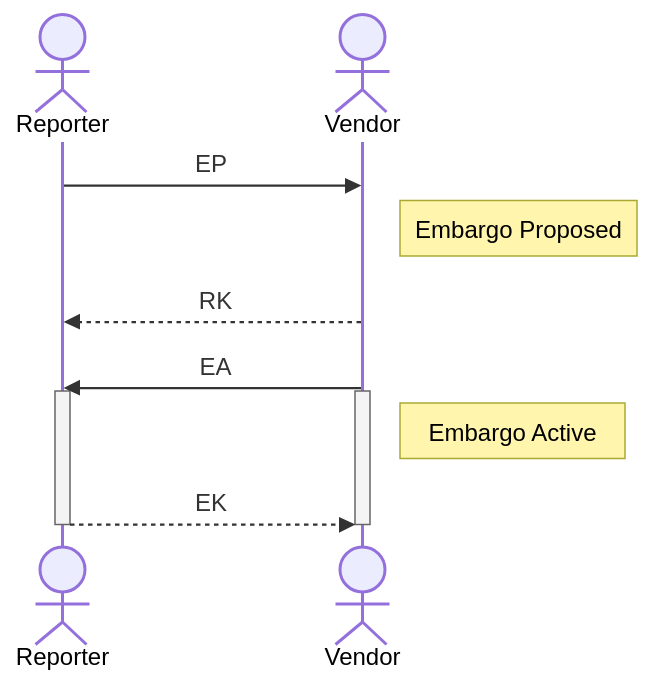
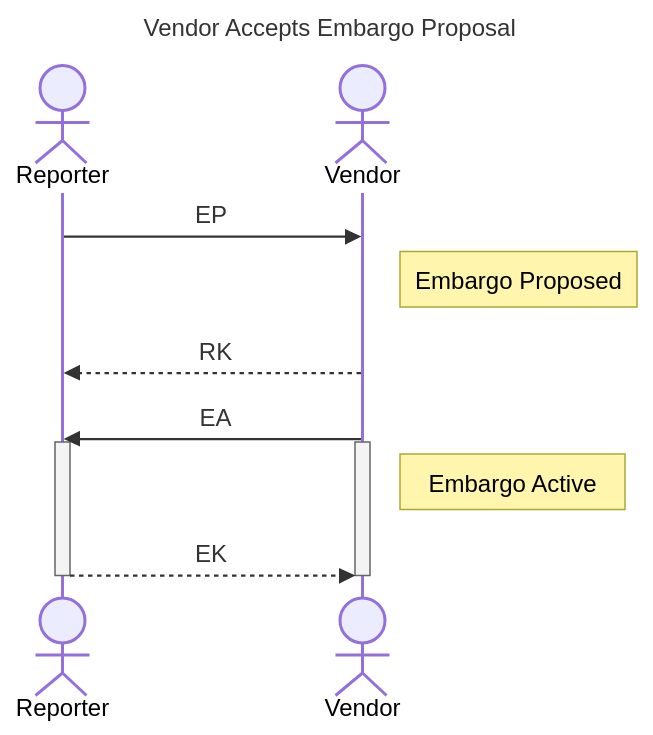
Before and after one commit to CERTCC/Vultron: the third of 13 diagrams in docs/tutorials/worked_example.md, drawn with Mermaid. The commit also changed other lines of this file, not shown here.

First line of the commit message:
docs: add mermaid title: headers to worked_example.md diagrams

````diff
--- a/docs/tutorials/worked_example.md
+++ b/docs/tutorials/worked_example.md
@@ -56,16 +62,19 @@
 ```mermaid
+---
+title: Vendor Accepts Embargo Proposal
+---
 sequenceDiagram
     actor Reporter
     actor Vendor
 
     Reporter ->> Vendor: EP
     note right of Vendor: Embargo Proposed
     Vendor -->> Reporter: RK
     Vendor ->> Reporter: EA
     activate Reporter
     activate Vendor
     note right of Vendor: Embargo Active
     Reporter -->> Vendor: EK
     deactivate Reporter
     deactivate Vendor
 ```
````
